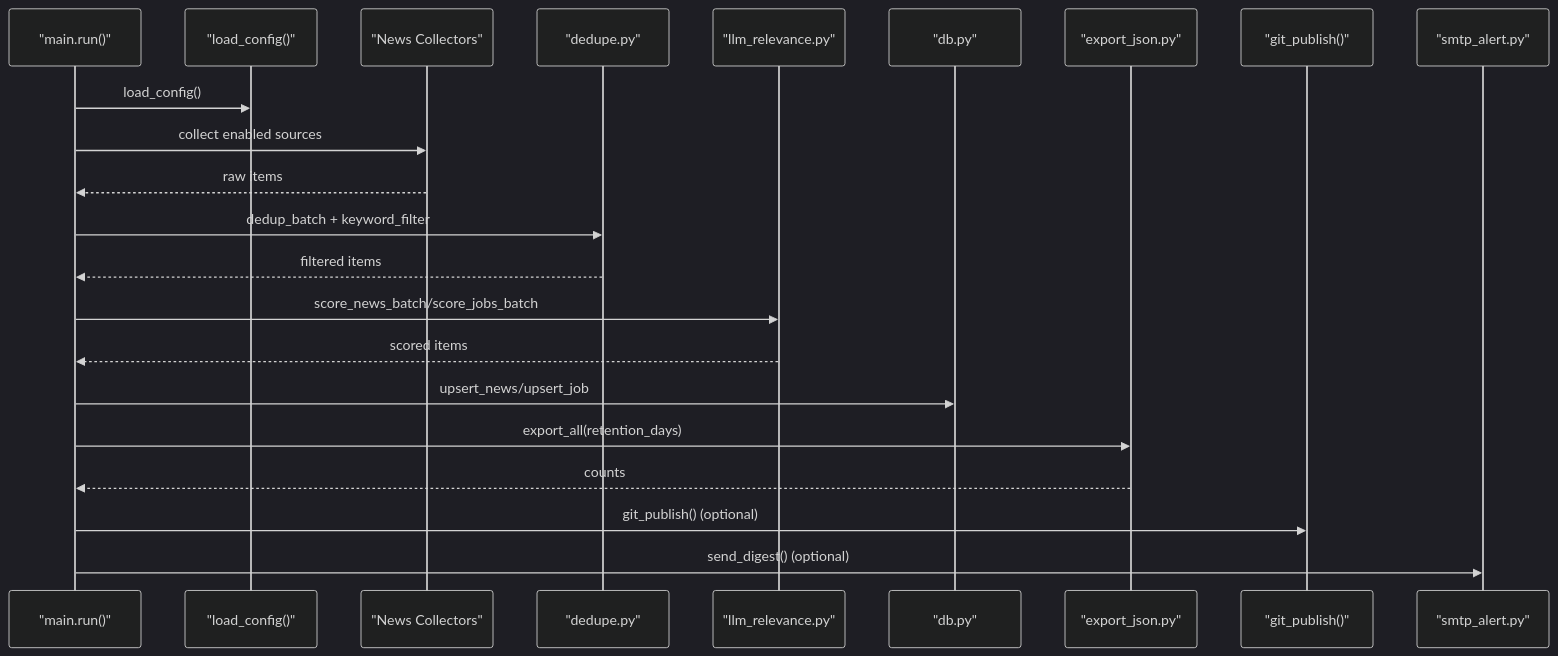
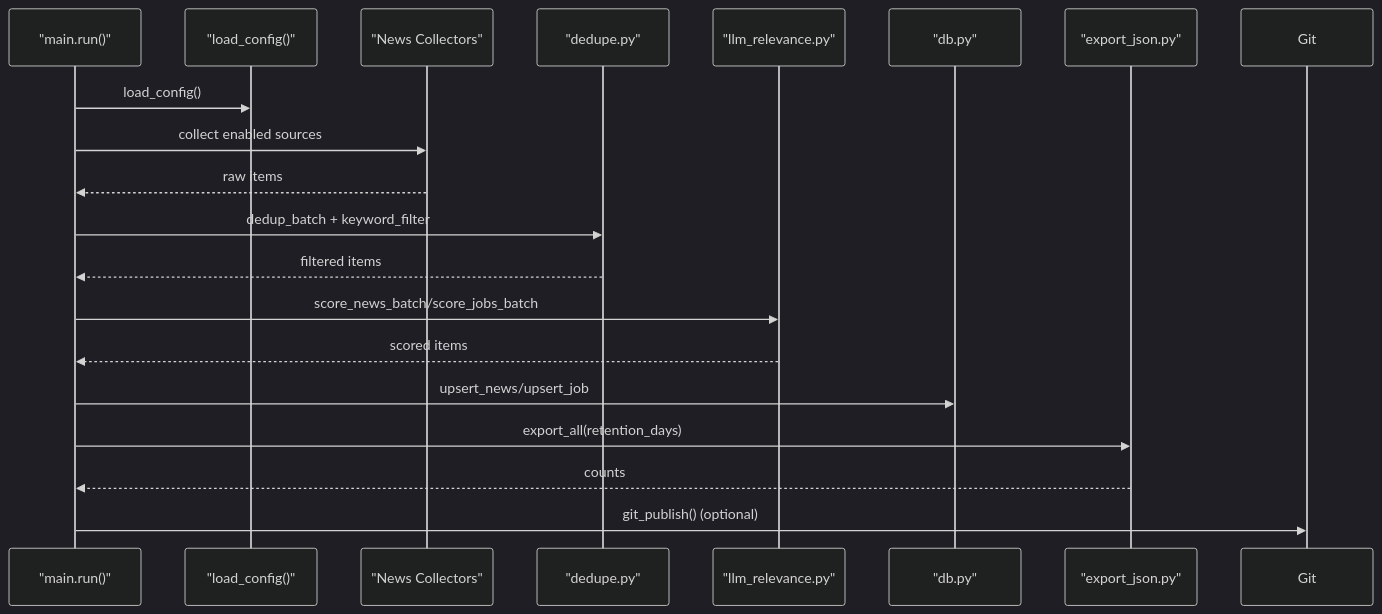
One commit to shakthi-vinayak/news changed the second of 3 diagrams in .qoder/repowiki/en/content/Configuration Guide/Configuration Guide.md. Above: the diagram before and after it, drawn with Mermaid (dark theme). The commit also changed other lines of this file and 37 other files, not shown here.

````diff
--- a/.qoder/repowiki/en/content/Configuration Guide/Configuration Guide.md
+++ b/.qoder/repowiki/en/content/Configuration Guide/Configuration Guide.md
@@ -105,24 +107,21 @@
 ```mermaid
 sequenceDiagram
 participant Orchestrator as "main.run()"
 participant Config as "load_config()"
 participant News as "News Collectors"
 participant Dedup as "dedupe.py"
 participant LLM as "llm_relevance.py"
 participant DB as "db.py"
 participant Export as "export_json.py"
-participant Git as "git_publish()"
-participant SMTP as "smtp_alert.py"
 Orchestrator->>Config : load_config()
 Orchestrator->>News : collect enabled sources
 News-->>Orchestrator : raw items
 Orchestrator->>Dedup : dedup_batch + keyword_filter
 Dedup-->>Orchestrator : filtered items
 Orchestrator->>LLM : score_news_batch/score_jobs_batch
 LLM-->>Orchestrator : scored items
 Orchestrator->>DB : upsert_news/upsert_job
 Orchestrator->>Export : export_all(retention_days)
 Export-->>Orchestrator : counts
 Orchestrator->>Git : git_publish() (optional)
-Orchestrator->>SMTP : send_digest() (optional)
 ```
````
